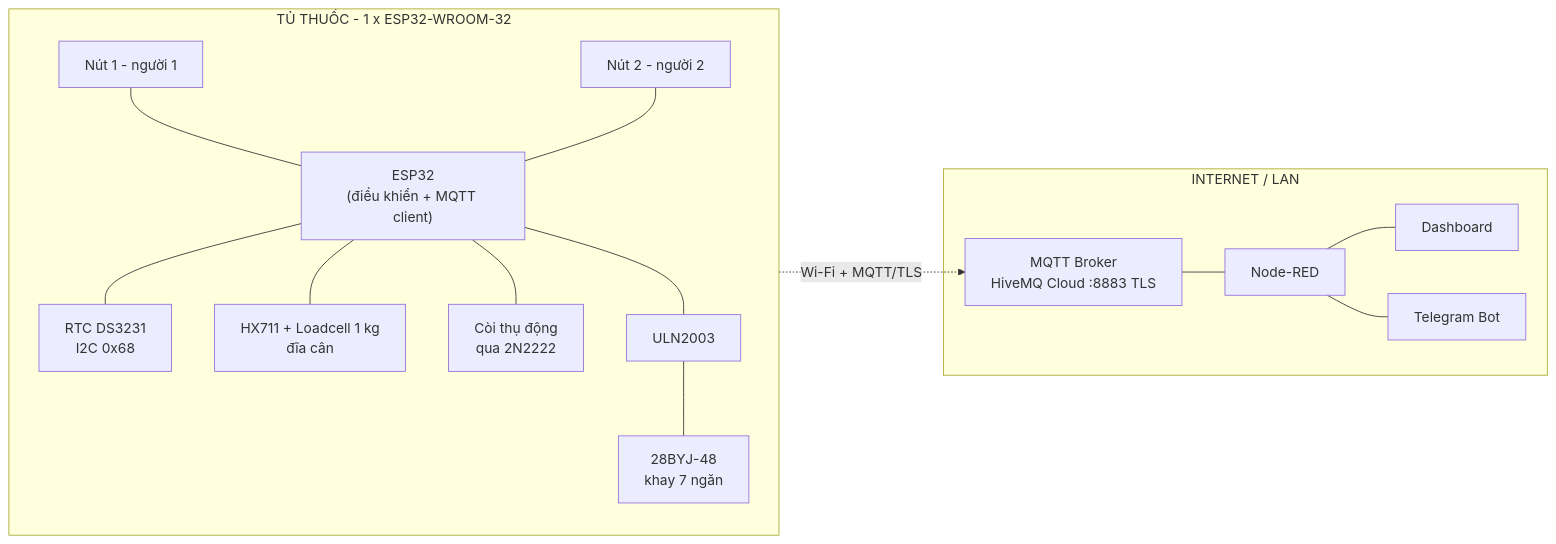
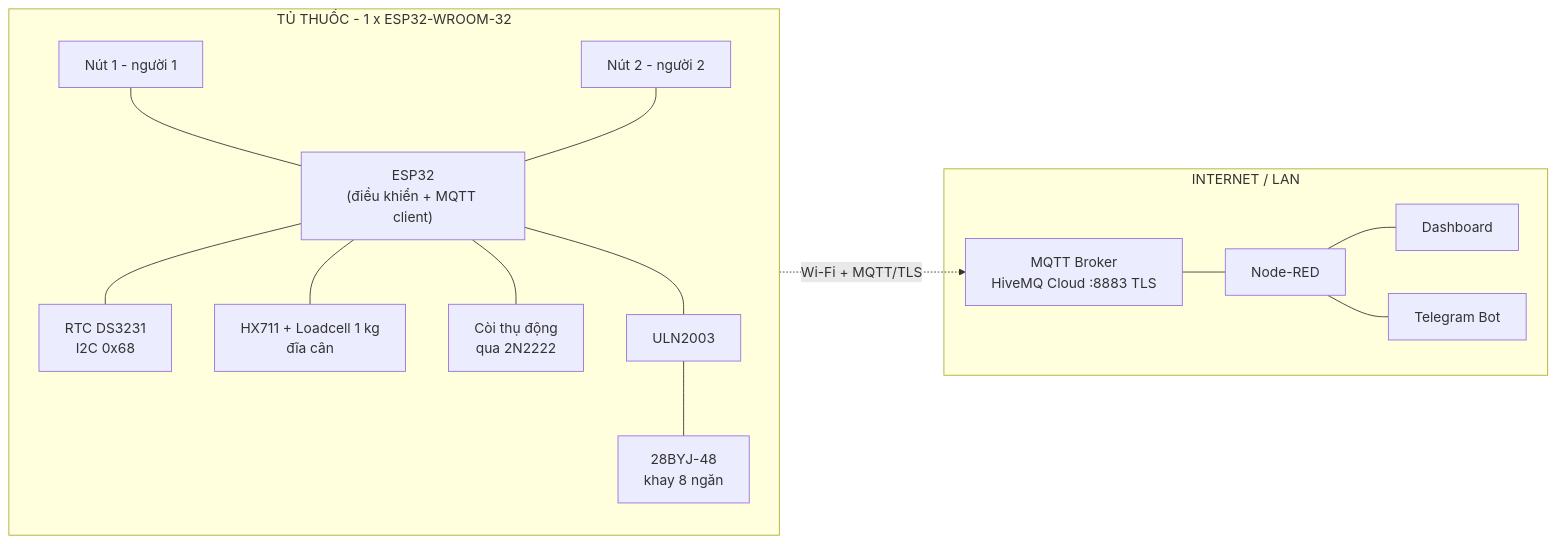
Before and after one commit to 23001579-cpu/iot_dev_app12: the first of 4 diagrams in README.md, drawn with Mermaid. The commit also changed other lines of this file, not shown here.

````diff
--- a/README.md
+++ b/README.md
@@ -81,32 +62,32 @@
 ```mermaid
 flowchart LR
     subgraph DEV["TỦ THUỐC - 1 x ESP32-WROOM-32"]
         direction TB
         M["ESP32<br/>(điều khiển + MQTT client)"]
         RTC["RTC DS3231<br/>I2C 0x68"]
         HX["HX711 + Loadcell 1 kg<br/>đĩa cân"]
         BZ["Còi thụ động<br/>qua 2N2222"]
         B1["Nút 1 - người 1"]
         B2["Nút 2 - người 2"]
         U["ULN2003"]
-        S["28BYJ-48<br/>khay 7 ngăn"]
+        S["28BYJ-48<br/>khay 8 ngăn"]
         M --- RTC
         M --- HX
         M --- BZ
         B1 --- M
         B2 --- M
         M --- U --- S
     end
 
     subgraph CLOUD["INTERNET / LAN"]
         BRK["MQTT Broker<br/>HiveMQ Cloud :8883 TLS"]
         NR["Node-RED"]
         DASH["Dashboard"]
         TG["Telegram Bot"]
         BRK --- NR
         NR --- DASH
         NR --- TG
     end
 
     M -.->|"Wi-Fi + MQTT/TLS"| BRK
 ```
````
